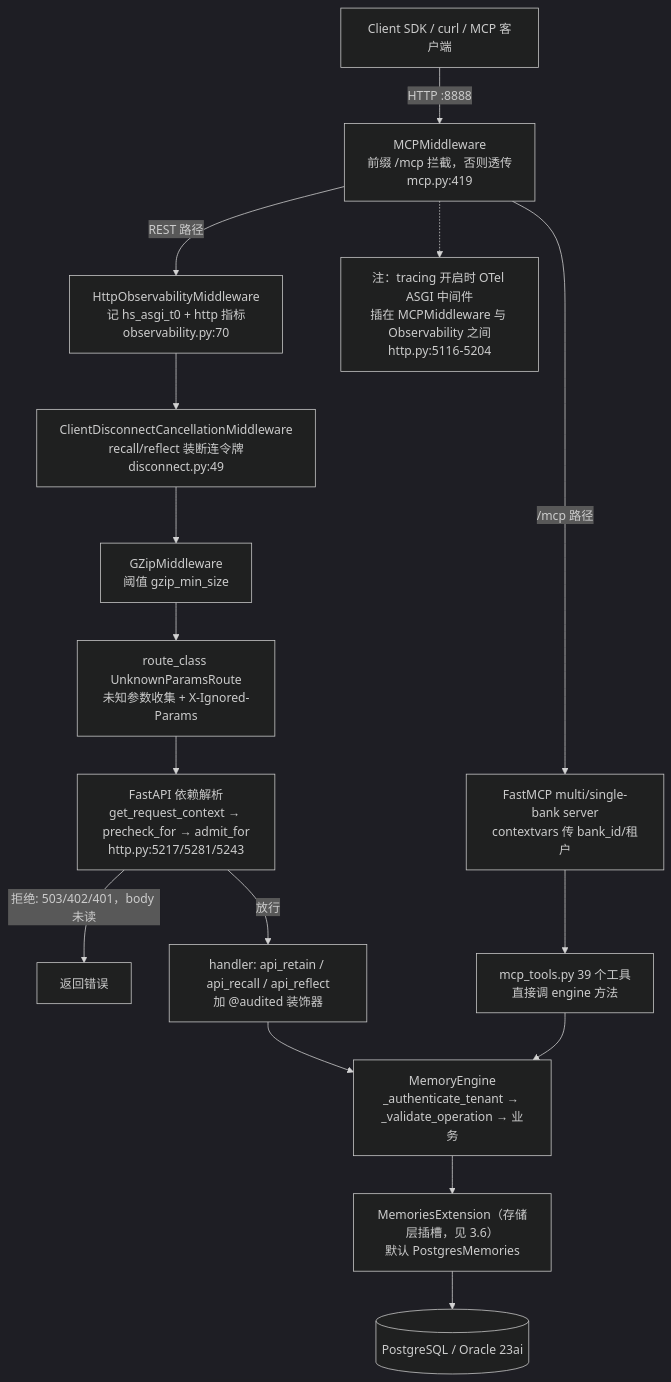
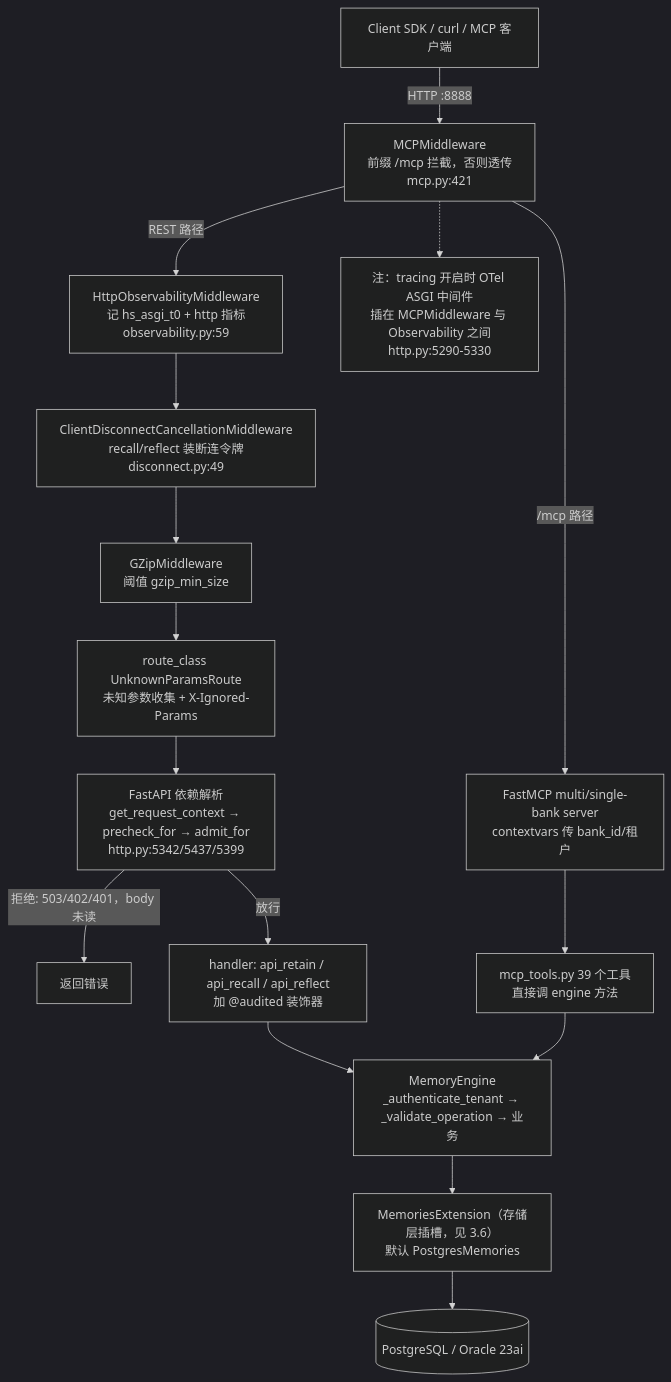
One commit to stefanv5/memory-platform-architecture changed the third of 7 diagrams in docs/hindsight/source-study/06-api-层与服务形态.md. Above: the diagram before and after it, drawn with Mermaid (dark theme). The commit also changed other lines of this file and 7 other files, not shown here.

````diff
--- a/docs/hindsight/source-study/06-api-层与服务形态.md
+++ b/docs/hindsight/source-study/06-api-层与服务形态.md
@@ -205,18 +214,18 @@
 ```mermaid
 flowchart TD
-    C["Client SDK / curl / MCP 客户端"] -->|"HTTP :8888"| MW1["MCPMiddleware<br/>前缀 /mcp 拦截，否则透传<br/>mcp.py:419"]
-    MW1 -->|"REST 路径"| MW2["HttpObservabilityMiddleware<br/>记 hs_asgi_t0 + http 指标<br/>observability.py:70"]
+    C["Client SDK / curl / MCP 客户端"] -->|"HTTP :8888"| MW1["MCPMiddleware<br/>前缀 /mcp 拦截，否则透传<br/>mcp.py:421"]
+    MW1 -->|"REST 路径"| MW2["HttpObservabilityMiddleware<br/>记 hs_asgi_t0 + http 指标<br/>observability.py:59"]
     MW2 --> MW3["ClientDisconnectCancellationMiddleware<br/>recall/reflect 装断连令牌<br/>disconnect.py:49"]
     MW3 --> MW4["GZipMiddleware<br/>阈值 gzip_min_size"]
     MW4 --> ROUTE["route_class UnknownParamsRoute<br/>未知参数收集 + X-Ignored-Params"]
-    ROUTE --> DEP["FastAPI 依赖解析<br/>get_request_context → precheck_for → admit_for<br/>http.py:5217/5281/5243"]
+    ROUTE --> DEP["FastAPI 依赖解析<br/>get_request_context → precheck_for → admit_for<br/>http.py:5342/5437/5399"]
     DEP -->|"拒绝: 503/402/401，body 未读"| OUT["返回错误"]
     DEP -->|"放行"| HANDLER["handler: api_retain / api_recall / api_reflect<br/>加 @audited 装饰器"]
     HANDLER --> ENG["MemoryEngine<br/>_authenticate_tenant → _validate_operation → 业务"]
     ENG --> MEMO["MemoriesExtension（存储层插槽，见 3.6）<br/>默认 PostgresMemories"]
     MEMO --> DB[("PostgreSQL / Oracle 23ai")]
     MW1 -->|"/mcp 路径"| FASTMCP["FastMCP multi/single-bank server<br/>contextvars 传 bank_id/租户"]
-    MW1 -.-> OTELNOTE["注：tracing 开启时 OTel ASGI 中间件<br/>插在 MCPMiddleware 与 Observability 之间<br/>http.py:5116-5204"]
+    MW1 -.-> OTELNOTE["注：tracing 开启时 OTel ASGI 中间件<br/>插在 MCPMiddleware 与 Observability 之间<br/>http.py:5290-5330"]
     FASTMCP --> TOOLS["mcp_tools.py 39 个工具<br/>直接调 engine 方法"]
     TOOLS --> ENG
 ```
````
